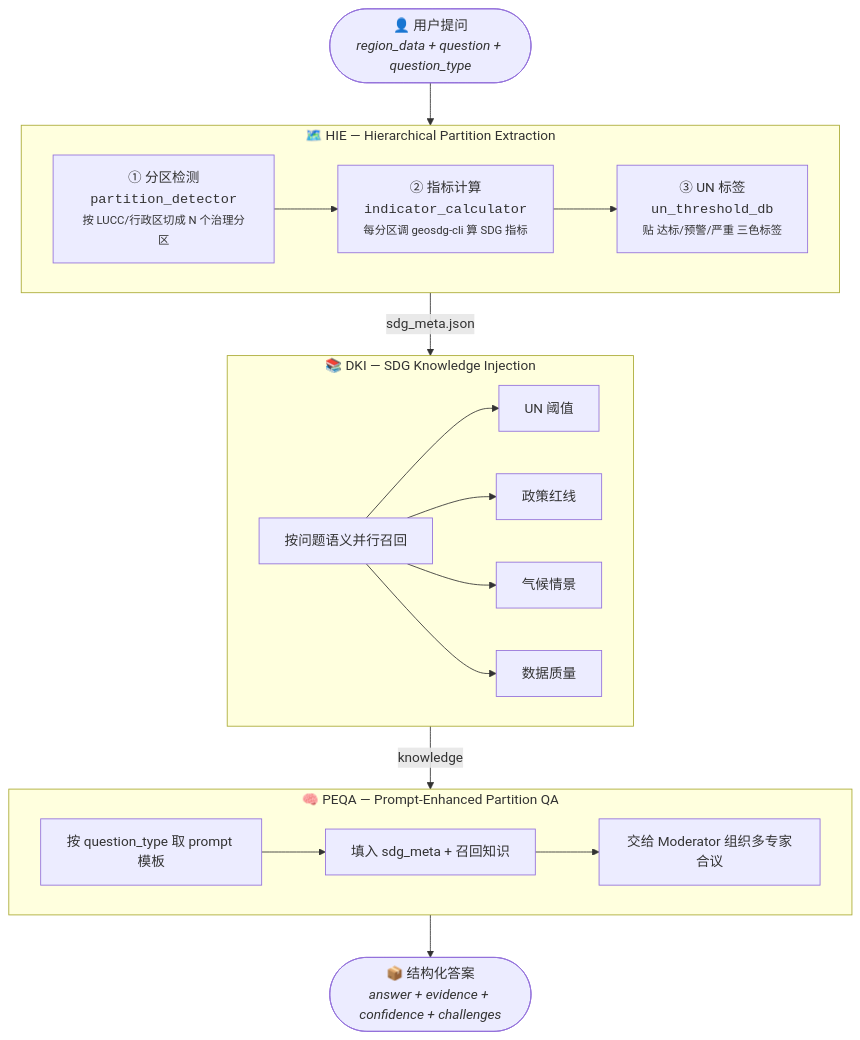
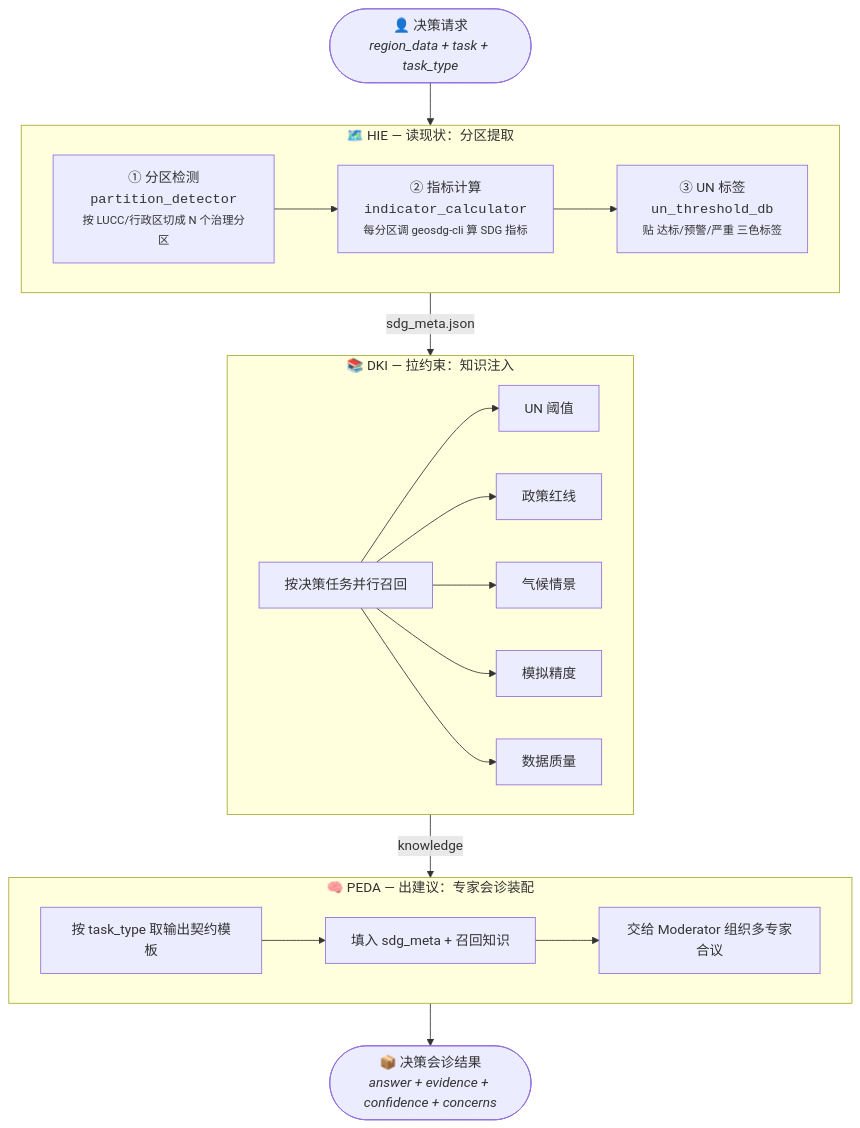
The second of 4 diagrams in agent/geosdg-agent/README.md (sunzhenhui/geosdg), drawn with Mermaid before and after one commit. The commit also changed other lines of this file and 16 other files, not shown here.

````diff
--- a/agent/geosdg-agent/README.md
+++ b/agent/geosdg-agent/README.md
@@ -49,34 +50,35 @@
 ```mermaid
 flowchart TB
-    U(["👤 用户提问<br/><i>region_data + question + question_type</i>"])
+    U(["👤 决策请求<br/><i>region_data + task + task_type</i>"])
 
-    subgraph HIE["🗺️ HIE — Hierarchical Partition Extraction"]
+    subgraph HIE["🗺️ HIE — 读现状：分区提取"]
         H1["① 分区检测<br/><code>partition_detector</code><br/><small>按 LUCC/行政区切成 N 个治理分区</small>"]
         H2["② 指标计算<br/><code>indicator_calculator</code><br/><small>每分区调 geosdg-cli 算 SDG 指标</small>"]
         H3["③ UN 标签<br/><code>un_threshold_db</code><br/><small>贴 达标/预警/严重 三色标签</small>"]
         H1 --> H2 --> H3
     end
 
-    subgraph DKI["📚 DKI — SDG Knowledge Injection"]
-        D1["按问题语义并行召回"]
+    subgraph DKI["📚 DKI — 拉约束：知识注入"]
+        D1["按决策任务并行召回"]
         D2["UN 阈值"]
         D3["政策红线"]
         D4["气候情景"]
-        D5["数据质量"]
-        D1 --> D2 & D3 & D4 & D5
+        D5["模拟精度"]
+        D6["数据质量"]
+        D1 --> D2 & D3 & D4 & D5 & D6
     end
 
-    subgraph PEQA["🧠 PEQA — Prompt-Enhanced Partition QA"]
-        P1["按 question_type 取 prompt 模板"]
+    subgraph PEDA["🧠 PEDA — 出建议：专家会诊装配"]
+        P1["按 task_type 取输出契约模板"]
         P2["填入 sdg_meta + 召回知识"]
         P3["交给 Moderator 组织多专家合议"]
         P1 --> P2 --> P3
     end
 
-    A(["📦 结构化答案<br/><i>answer + evidence + confidence + challenges</i>"])
+    A(["📦 决策会诊结果<br/><i>answer + evidence + confidence + concerns</i>"])
 
     U --> HIE
     HIE -- "sdg_meta.json" --> DKI
-    DKI -- "knowledge" --> PEQA
-    PEQA --> A
+    DKI -- "knowledge" --> PEDA
+    PEDA --> A
 ```
````
